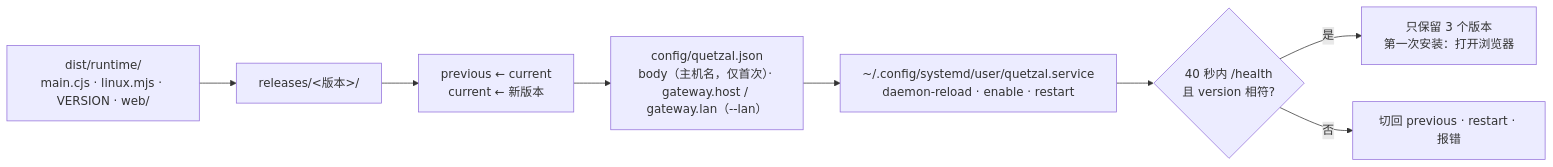
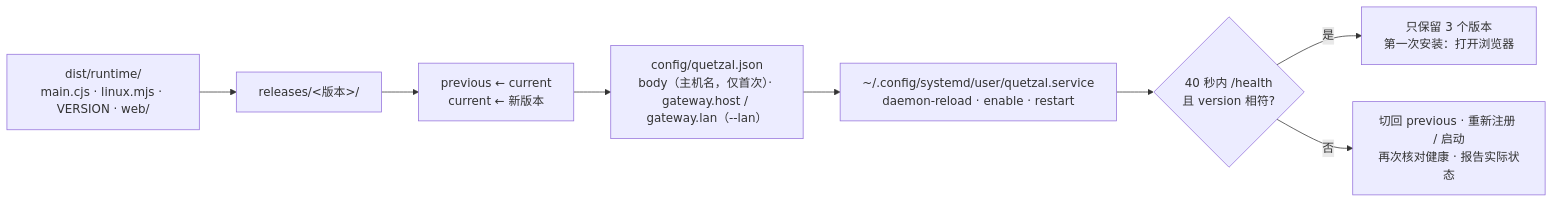
The diagram in cli/docs/ARCHITECTURE.md (Causally-XYZ/Project.Quetzal), drawn with Mermaid before and after one commit. The commit also changed other lines of this file and 5 other files, not shown here.

````diff
--- a/cli/docs/ARCHITECTURE.md
+++ b/cli/docs/ARCHITECTURE.md
@@ -49,10 +49,10 @@
 ```mermaid
 flowchart LR
   A["dist/runtime/<br/>main.cjs · linux.mjs · VERSION · web/"] --> B["releases/<版本>/"]
   B --> C["previous ← current<br/>current ← 新版本"]
   C --> D["config/quetzal.json<br/>body（主机名，仅首次）· gateway.host / gateway.lan（--lan）"]
   D --> E["~/.config/systemd/user/quetzal.service<br/>daemon-reload · enable · restart"]
   E --> F{"40 秒内 /health<br/>且 version 相符?"}
   F -- 是 --> G["只保留 3 个版本<br/>第一次安装：打开浏览器"]
-  F -- 否 --> H["切回 previous · restart · 报错"]
+  F -- 否 --> H["切回 previous · 重新注册 / 启动<br/>再次核对健康 · 报告实际状态"]
 ```
````
